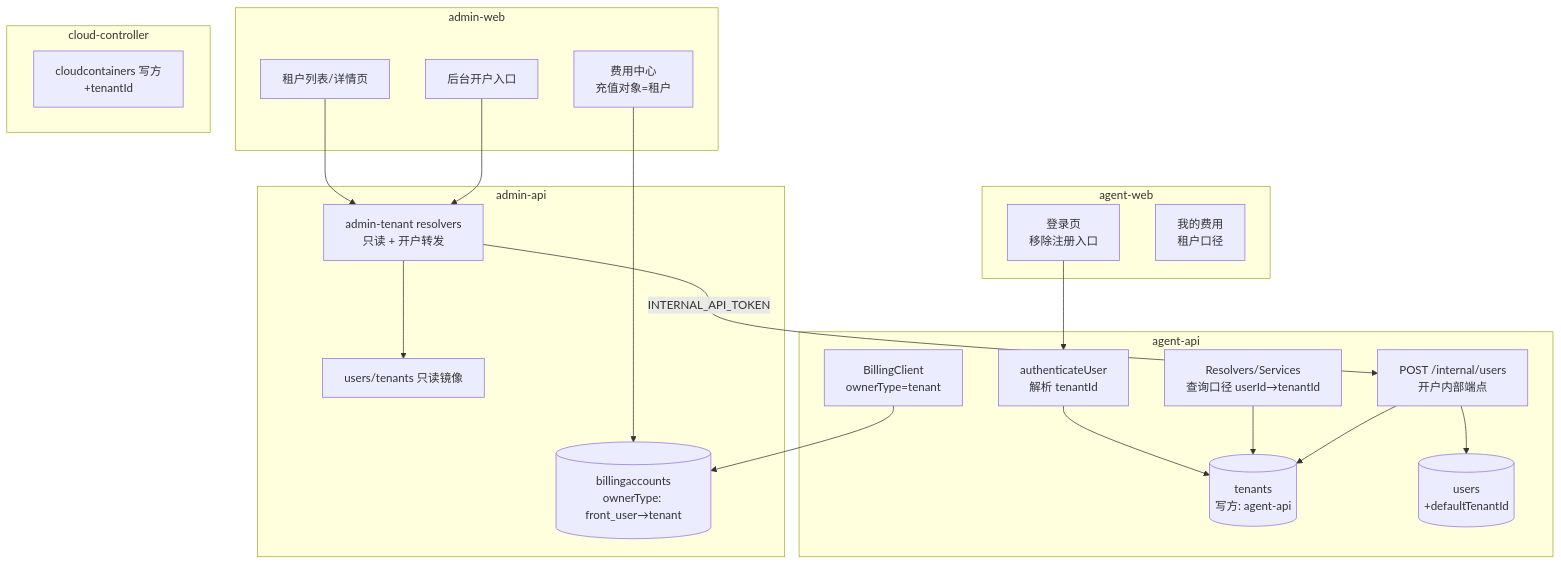
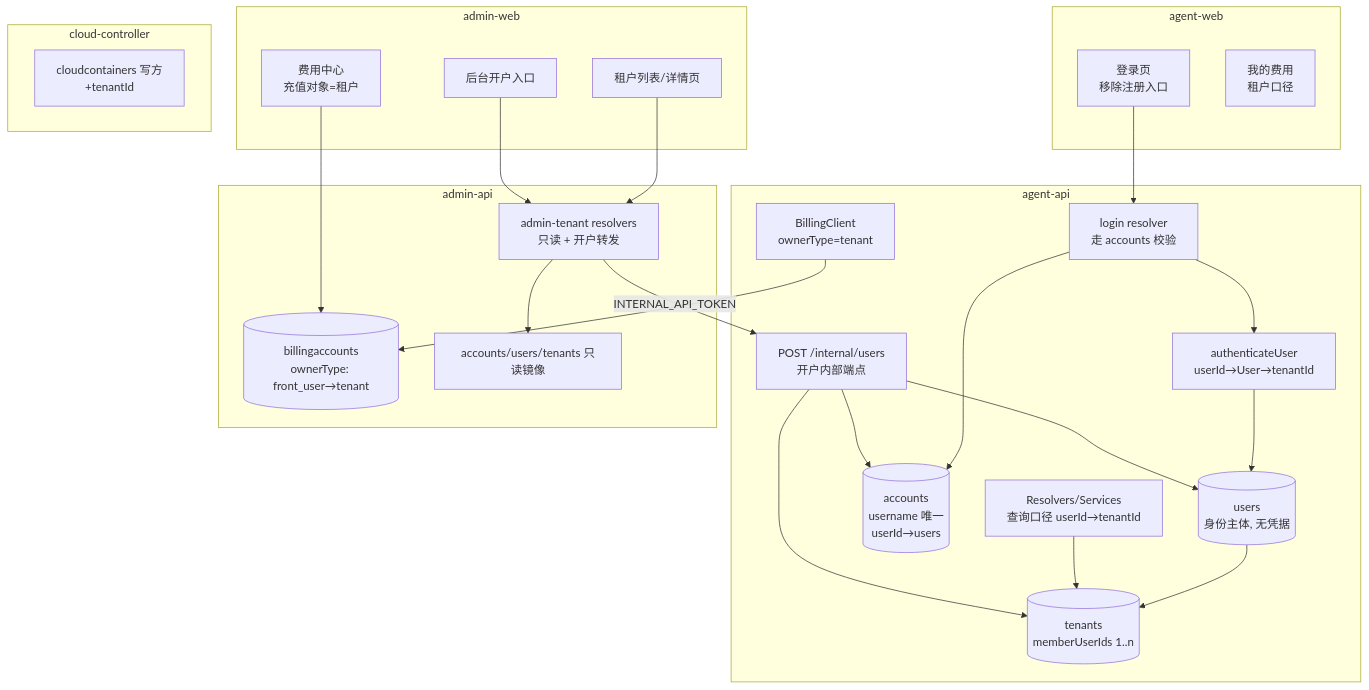
Before and after one commit to Deliay/z-agent-gear: the second of 6 diagrams in docs/engineering/proposals/20261027-feat-multi-tenant-phase1.md, drawn with Mermaid. The commit also changed other lines of this file and 3 other files, not shown here.

````diff
--- a/docs/engineering/proposals/20261027-feat-multi-tenant-phase1.md
+++ b/docs/engineering/proposals/20261027-feat-multi-tenant-phase1.md
@@ -58,35 +68,40 @@
 ```mermaid
 graph TD
     subgraph agent-web
         L[登录页<br/>移除注册入口]
         B1[我的费用<br/>租户口径]
     end
     subgraph admin-web
         T1[租户列表/详情页]
         T2[后台开户入口]
         B2[费用中心<br/>充值对象=租户]
     end
     subgraph agent-api
-        AUTH[authenticateUser<br/>解析 tenantId]
+        AUTH[authenticateUser<br/>userId→User→tenantId]
+        LOGIN[login resolver<br/>走 accounts 校验]
         RS[Resolvers/Services<br/>查询口径 userId→tenantId]
-        TEN[(tenants<br/>写方: agent-api)]
-        USR[(users<br/>+defaultTenantId)]
+        ACC[(accounts<br/>username 唯一<br/>userId→users)]
+        USR[(users<br/>身份主体, 无凭据)]
+        TEN[(tenants<br/>memberUserIds 1..n)]
         IU[POST /internal/users<br/>开户内部端点]
         BC[BillingClient<br/>ownerType=tenant]
     end
     subgraph admin-api
         TR[admin-tenant resolvers<br/>只读 + 开户转发]
         BA[(billingaccounts<br/>ownerType: front_user→tenant)]
-        MIR[users/tenants 只读镜像]
+        MIR[accounts/users/tenants 只读镜像]
     end
     subgraph cloud-controller
         CC[cloudcontainers 写方<br/>+tenantId]
     end
-    L --> AUTH --> TEN
+    L --> LOGIN --> ACC
+    LOGIN --> AUTH --> USR --> TEN
     RS --> TEN
     T1 --> TR --> MIR
-    T2 --> TR -->|INTERNAL_API_TOKEN| IU --> USR
+    T2 --> TR -->|INTERNAL_API_TOKEN| IU
+    IU --> ACC
+    IU --> USR
     IU --> TEN
     B2 --> BA
     BC --> BA
 ```
````
